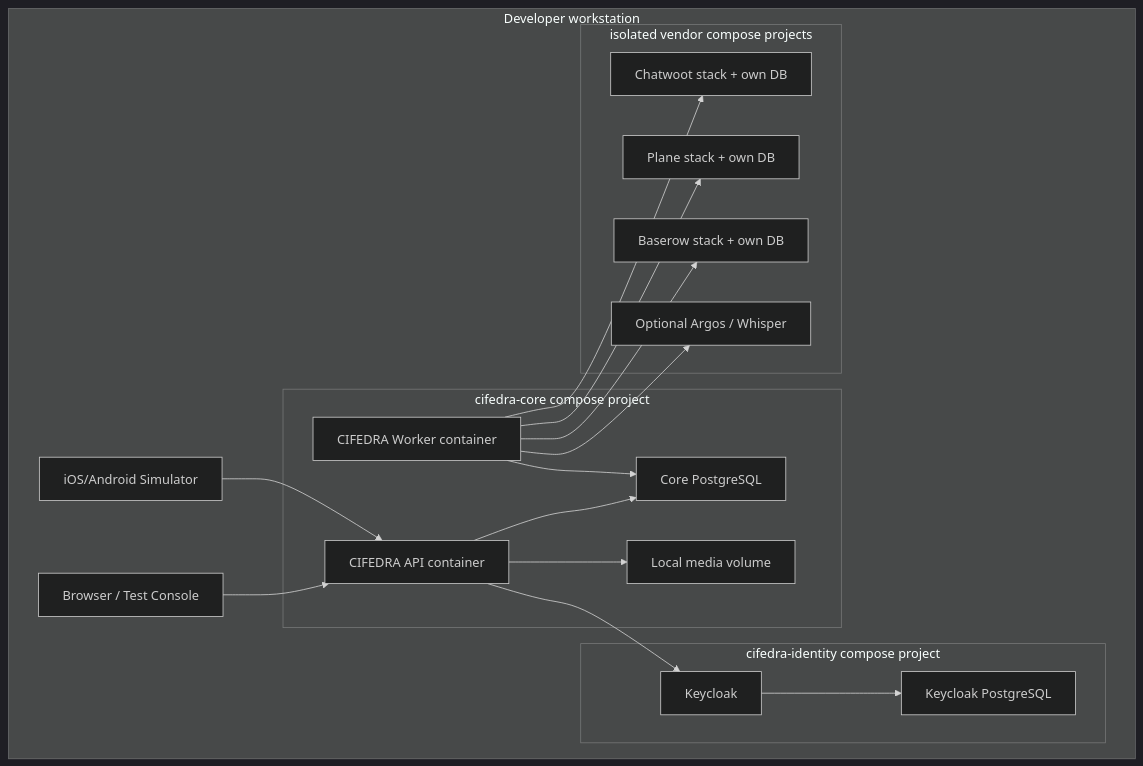
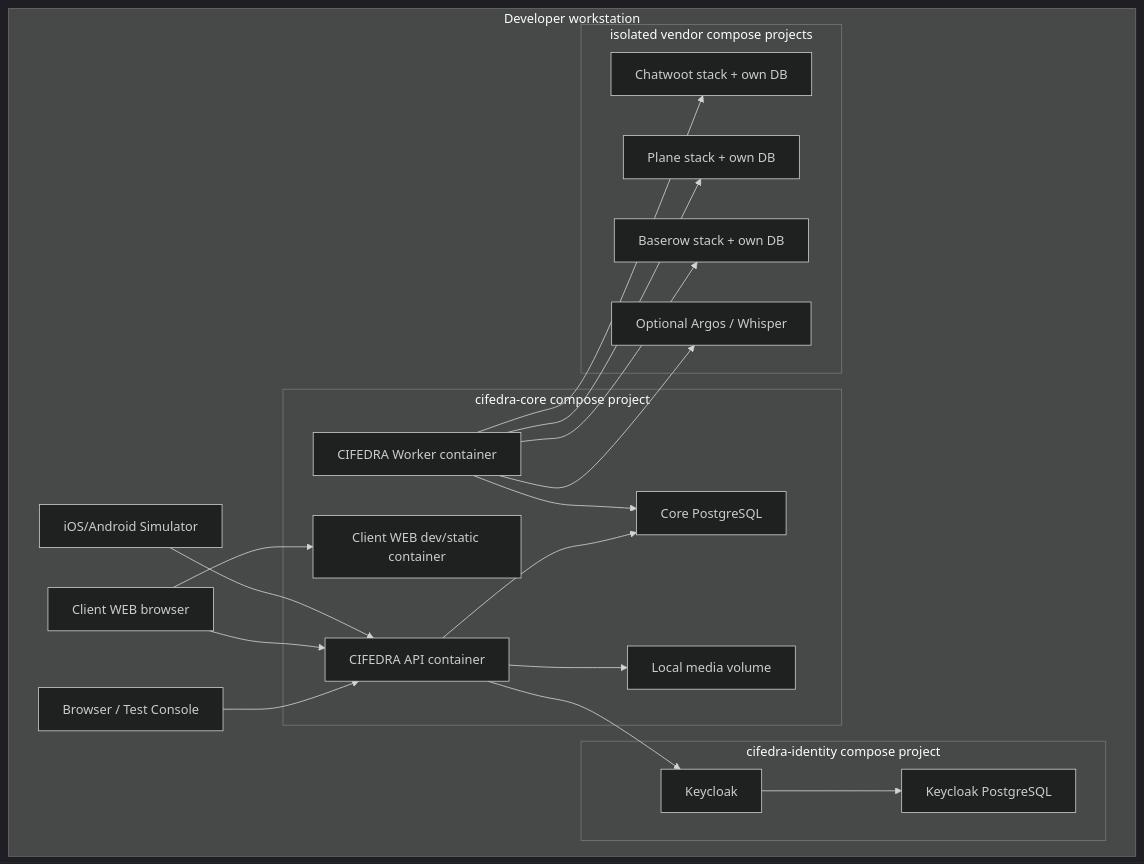
One commit to DIGITALATOM1/CIFEDRA changed the ninth of 10 diagrams in knowledge/system/cifedra-hld.md. Above: the diagram before and after it, drawn with Mermaid (dark theme). The commit also changed other lines of this file and 18 other files, not shown here.

Commit message:
Add client web application architecture

````diff
--- a/knowledge/system/cifedra-hld.md
+++ b/knowledge/system/cifedra-hld.md
@@ -922,38 +930,42 @@
 ```mermaid
 flowchart TB
   subgraph Laptop["Developer workstation"]
     Browser["Browser / Test Console"]
+    ClientWeb["Client WEB browser"]
     Mobile["iOS/Android Simulator"]
 
     subgraph CoreDocker["cifedra-core compose project"]
       API["CIFEDRA API container"]
       Worker["CIFEDRA Worker container"]
       PG["Core PostgreSQL"]
       Media["Local media volume"]
+      WebAssets["Client WEB dev/static container"]
     end
 
     subgraph IdentityDocker["cifedra-identity compose project"]
       Keycloak["Keycloak"]
       KeycloakDB["Keycloak PostgreSQL"]
     end
 
     subgraph VendorDocker["isolated vendor compose projects"]
       Chatwoot["Chatwoot stack + own DB"]
       Plane["Plane stack + own DB"]
       Baserow["Baserow stack + own DB"]
       Optional["Optional Argos / Whisper"]
     end
   end
 
   Browser --> API
+  ClientWeb --> WebAssets
+  ClientWeb --> API
   Mobile --> API
   API --> PG
   API --> Keycloak
   Keycloak --> KeycloakDB
   API --> Media
   Worker --> PG
   Worker --> Chatwoot
   Worker --> Plane
   Worker --> Baserow
   Worker --> Optional
 ```
````
